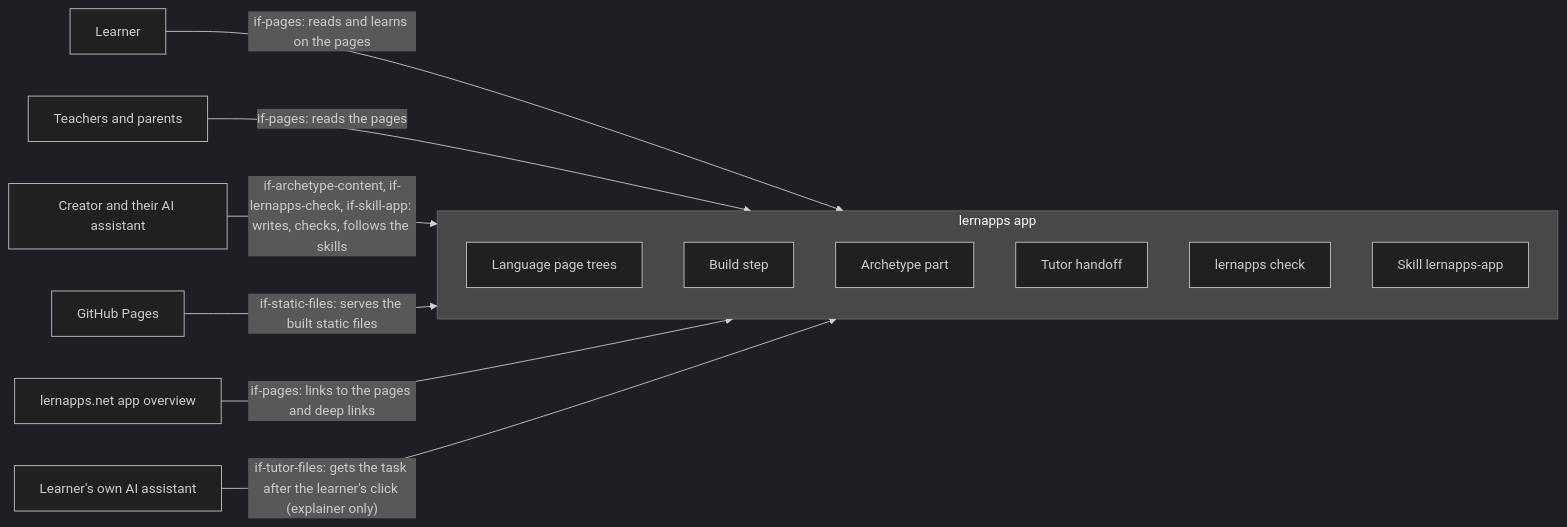
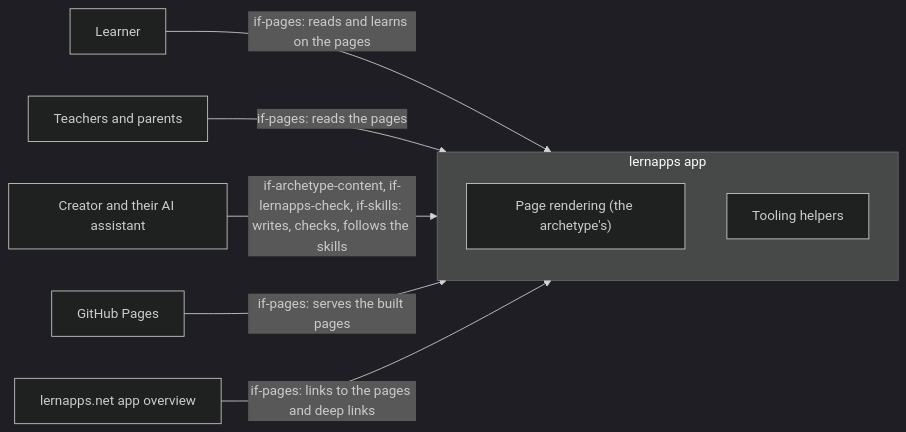
One commit to lernapps/app-templates changed the diagram in docs/arc42/03-system-context.arc42.md. Above: the diagram before and after it, drawn with Mermaid (dark theme). The commit also changed other lines of this file and 36 other files, not shown here.

First line of the commit message:
docs(arc42): strict architecture for every archetype, gated in pre-commit and CI

````diff
--- a/docs/arc42/03-system-context.arc42.md
+++ b/docs/arc42/03-system-context.arc42.md
@@ -22,23 +22,17 @@
 ```mermaid
 flowchart LR
     actor-learner["Learner"]
     actor-teacher-parent["Teachers and parents"]
     actor-creator-assistant["Creator and their AI assistant"]
     actor-github-pages["GitHub Pages"]
     actor-app-overview["lernapps.net app overview"]
-    actor-learner-assistant["Learner's own AI assistant"]
     subgraph system["lernapps app"]
-        bb-page-tree["Language page trees"]
-        bb-build["Build step"]
-        bb-archetype["Archetype part"]
-        bb-tutor-handoff["Tutor handoff"]
-        bb-lernapps-check["lernapps check"]
-        bb-skill-app["Skill lernapps-app"]
+        bb-render["Page rendering (the archetype's)"]
+        bb-tooling["Tooling helpers"]
     end
     actor-learner -->|"if-pages: reads and learns on the pages"| system
     actor-teacher-parent -->|"if-pages: reads the pages"| system
-    actor-creator-assistant -->|"if-archetype-content, if-lernapps-check, if-skill-app: writes, checks, follows the skills"| system
-    actor-github-pages -->|"if-static-files: serves the built static files"| system
+    actor-creator-assistant -->|"if-archetype-content, if-lernapps-check, if-skills: writes, checks, follows the skills"| system
+    actor-github-pages -->|"if-pages: serves the built pages"| system
     actor-app-overview -->|"if-pages: links to the pages and deep links"| system
-    actor-learner-assistant -->|"if-tutor-files: gets the task after the learner's click (explainer only)"| system
 ```
````
